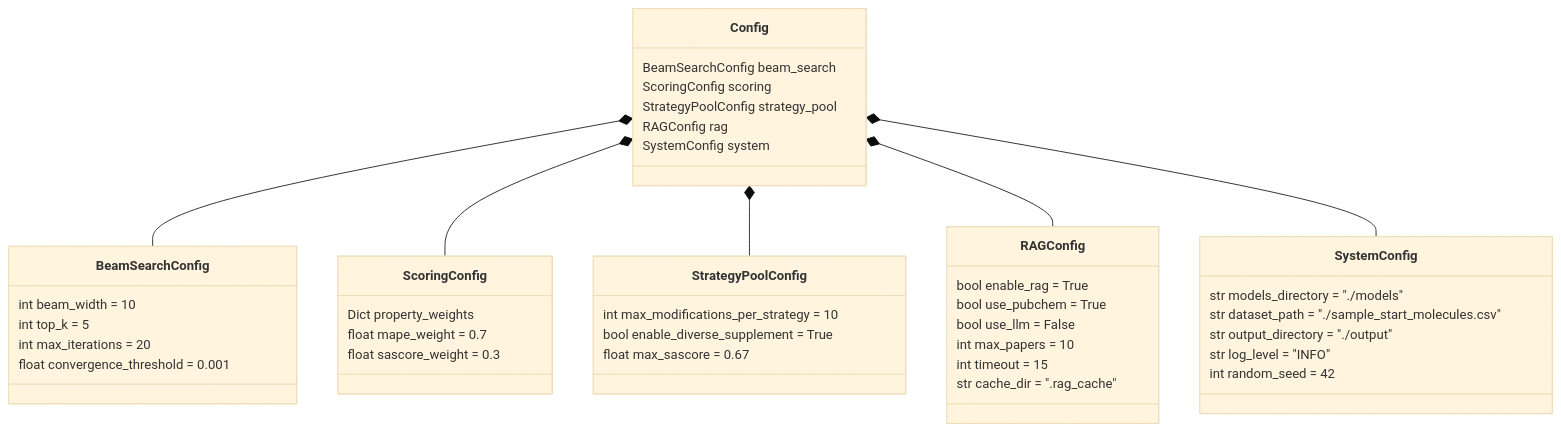
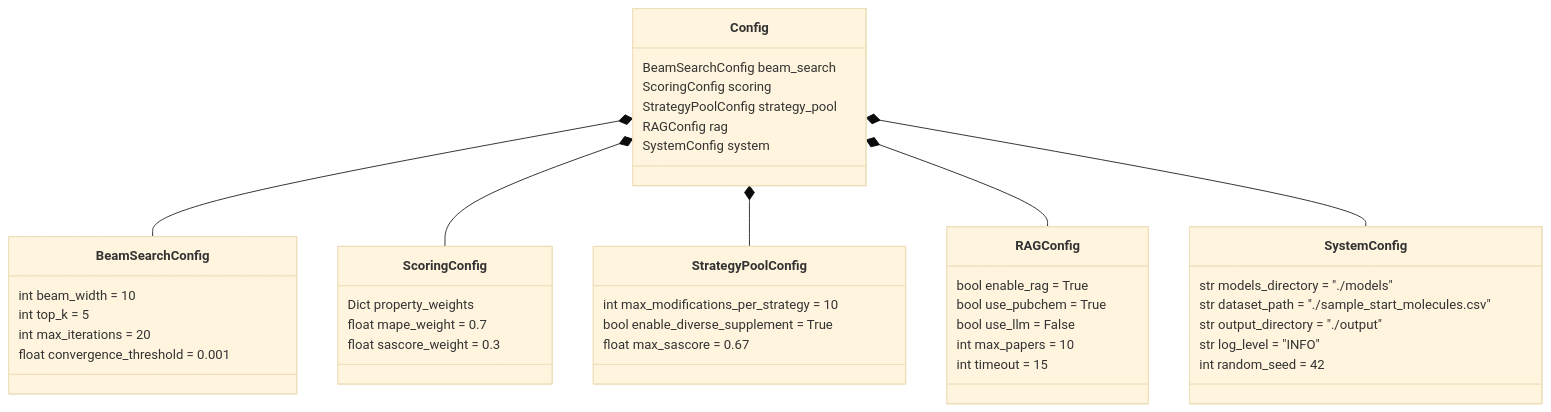
One commit to josefberman/EnergeticGraph changed diagram 17 of 19 in docs/system_design.md. Above: the diagram before and after it, drawn with Mermaid (base theme). The commit also changed other lines of this file and 3 other files, not shown here.

````diff
--- a/docs/system_design.md
+++ b/docs/system_design.md
@@ -811,52 +810,51 @@
 ```mermaid
 classDiagram
     class Config {
         BeamSearchConfig beam_search
         ScoringConfig scoring
         StrategyPoolConfig strategy_pool
         RAGConfig rag
         SystemConfig system
     }
     
     class BeamSearchConfig {
         int beam_width = 10
         int top_k = 5
         int max_iterations = 20
         float convergence_threshold = 0.001
     }
     
     class ScoringConfig {
         Dict property_weights
         float mape_weight = 0.7
         float sascore_weight = 0.3
     }
     
     class StrategyPoolConfig {
         int max_modifications_per_strategy = 10
         bool enable_diverse_supplement = True
         float max_sascore = 0.67
     }
     
     class RAGConfig {
         bool enable_rag = True
         bool use_pubchem = True
         bool use_llm = False
         int max_papers = 10
         int timeout = 15
-        str cache_dir = ".rag_cache"
     }
     
     class SystemConfig {
         str models_directory = "./models"
         str dataset_path = "./sample_start_molecules.csv"
         str output_directory = "./output"
         str log_level = "INFO"
         int random_seed = 42
     }
     
     Config *-- BeamSearchConfig
     Config *-- ScoringConfig
     Config *-- StrategyPoolConfig
     Config *-- RAGConfig
     Config *-- SystemConfig
 ```
````
